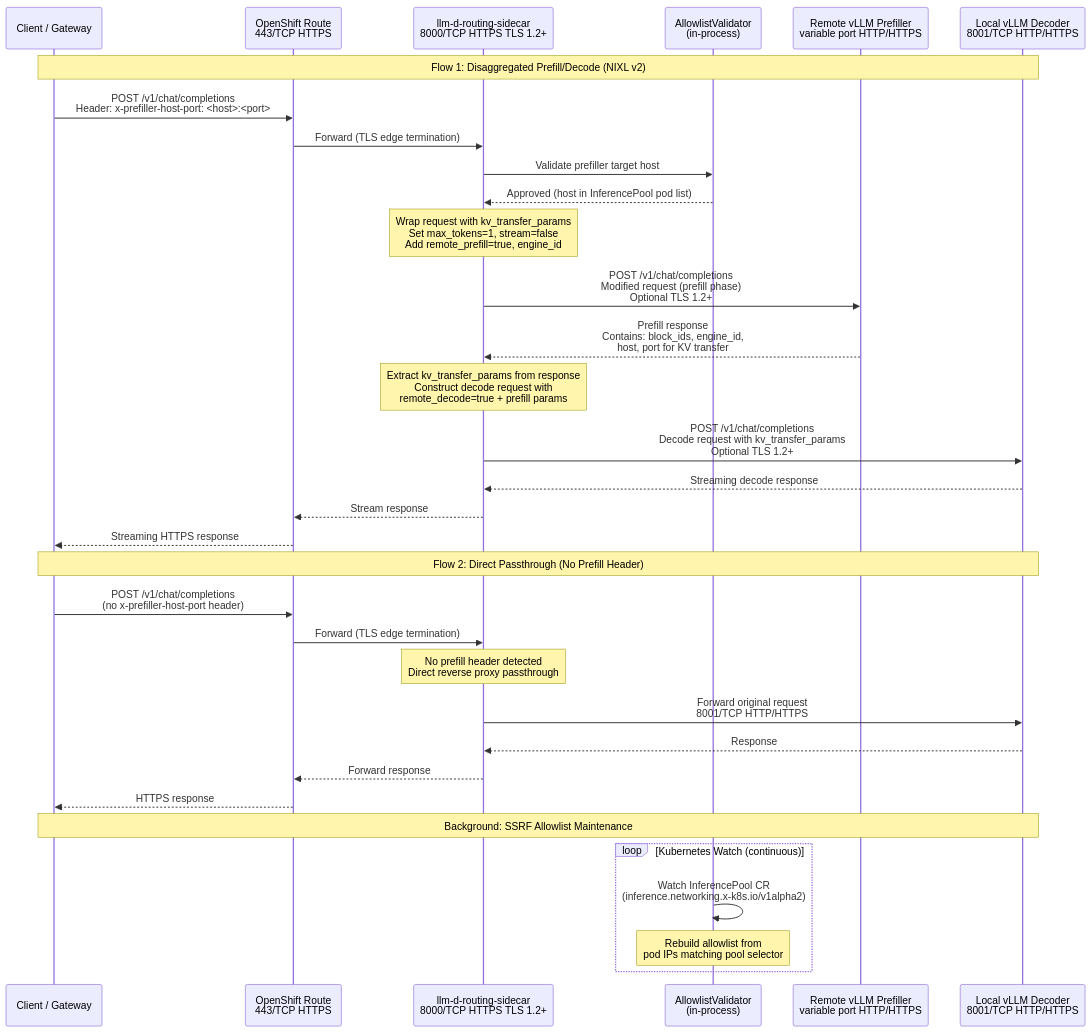
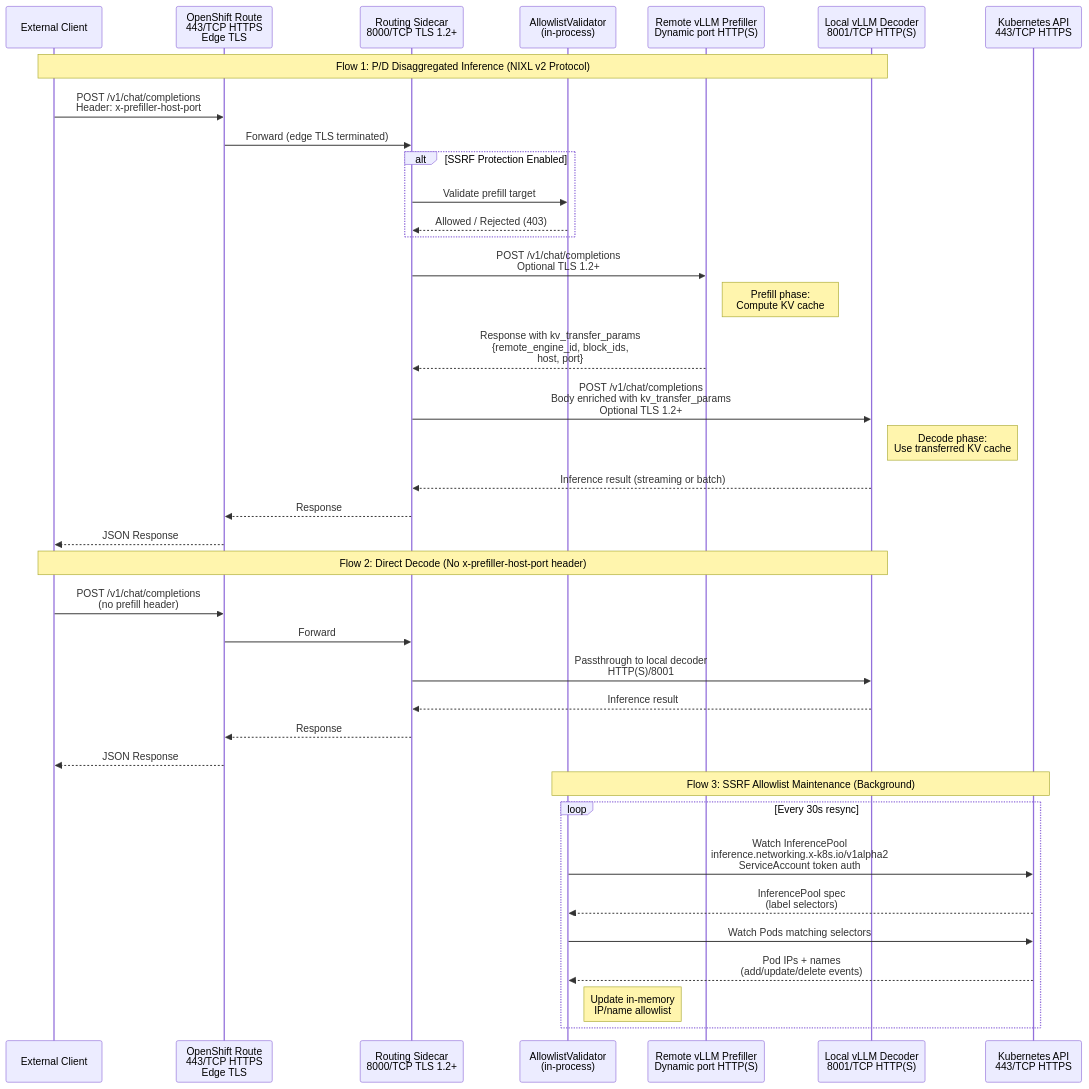
One commit to rhuss/architecture-context changed the diagram in architecture/rhoai.next/diagrams/llm-d-routing-sidecar-dataflow.mmd. Above: the diagram before and after it, drawn with Mermaid. The commit also changed 1834 other files, not shown here.

Commit message:
regenerate architecture for rhoai.next and rhoai-3.4 (#20)

```diff
--- a/architecture/rhoai.next/diagrams/llm-d-routing-sidecar-dataflow.mmd
+++ b/architecture/rhoai.next/diagrams/llm-d-routing-sidecar-dataflow.mmd
@@ -1,46 +1,47 @@
 sequenceDiagram
-    participant Client as Client / Gateway
-    participant Route as OpenShift Route<br/>443/TCP HTTPS
-    participant Sidecar as llm-d-routing-sidecar<br/>8000/TCP HTTPS TLS 1.2+
-    participant Allowlist as AllowlistValidator<br/>(in-process)
-    participant Prefiller as Remote vLLM Prefiller<br/>variable port HTTP/HTTPS
-    participant Decoder as Local vLLM Decoder<br/>8001/TCP HTTP/HTTPS
+    participant Client as External Client
+    participant Route as OpenShift Route<br/>443/TCP HTTPS<br/>Edge TLS
+    participant Proxy as Routing Sidecar<br/>8000/TCP TLS 1.2+
+    participant Validator as AllowlistValidator<br/>(in-process)
+    participant Prefiller as Remote vLLM Prefiller<br/>Dynamic port HTTP(S)
+    participant Decoder as Local vLLM Decoder<br/>8001/TCP HTTP(S)
+    participant K8sAPI as Kubernetes API<br/>443/TCP HTTPS
 
-    Note over Client,Decoder: Flow 1: Disaggregated Prefill/Decode (NIXL v2)
+    Note over Client,Decoder: Flow 1: P/D Disaggregated Inference (NIXL v2 Protocol)
 
-    Client->>Route: POST /v1/chat/completions<br/>Header: x-prefiller-host-port: <host>:<port>
-    Route->>Sidecar: Forward (TLS edge termination)
+    Client->>Route: POST /v1/chat/completions<br/>Header: x-prefiller-host-port
+    Route->>Proxy: Forward (edge TLS terminated)
 
-    Sidecar->>Allowlist: Validate prefiller target host
-    Allowlist-->>Sidecar: Approved (host in InferencePool pod list)
+    alt SSRF Protection Enabled
+        Proxy->>Validator: Validate prefill target
+        Validator-->>Proxy: Allowed / Rejected (403)
+    end
 
-    Note over Sidecar: Wrap request with kv_transfer_params<br/>Set max_tokens=1, stream=false<br/>Add remote_prefill=true, engine_id
+    Proxy->>Prefiller: POST /v1/chat/completions<br/>Optional TLS 1.2+
+    Note right of Prefiller: Prefill phase:<br/>Compute KV cache
+    Prefiller-->>Proxy: Response with kv_transfer_params<br/>{remote_engine_id, block_ids,<br/>host, port}
 
-    Sidecar->>Prefiller: POST /v1/chat/completions<br/>Modified request (prefill phase)<br/>Optional TLS 1.2+
-    Prefiller-->>Sidecar: Prefill response<br/>Contains: block_ids, engine_id,<br/>host, port for KV transfer
+    Proxy->>Decoder: POST /v1/chat/completions<br/>Body enriched with kv_transfer_params<br/>Optional TLS 1.2+
+    Note right of Decoder: Decode phase:<br/>Use transferred KV cache
+    Decoder-->>Proxy: Inference result (streaming or batch)
+    Proxy-->>Route: Response
+    Route-->>Client: JSON Response
 
-    Note over Sidecar: Extract kv_transfer_params from response<br/>Construct decode request with<br/>remote_decode=true + prefill params
+    Note over Client,Decoder: Flow 2: Direct Decode (No x-prefiller-host-port header)
 
-    Sidecar->>Decoder: POST /v1/chat/completions<br/>Decode request with kv_transfer_params<br/>Optional TLS 1.2+
-    Decoder-->>Sidecar: Streaming decode response
-    Sidecar-->>Route: Stream response
-    Route-->>Client: Streaming HTTPS response
+    Client->>Route: POST /v1/chat/completions<br/>(no prefill header)
+    Route->>Proxy: Forward
+    Proxy->>Decoder: Passthrough to local decoder<br/>HTTP(S)/8001
+    Decoder-->>Proxy: Inference result
+    Proxy-->>Route: Response
+    Route-->>Client: JSON Response
 
-    Note over Client,Decoder: Flow 2: Direct Passthrough (No Prefill Header)
+    Note over Validator,K8sAPI: Flow 3: SSRF Allowlist Maintenance (Background)
 
-    Client->>Route: POST /v1/chat/completions<br/>(no x-prefiller-host-port header)
-    Route->>Sidecar: Forward (TLS edge termination)
-
-    Note over Sidecar: No prefill header detected<br/>Direct reverse proxy passthrough
-
-    Sidecar->>Decoder: Forward original request<br/>8001/TCP HTTP/HTTPS
-    Decoder-->>Sidecar: Response
-    Sidecar-->>Route: Forward response
-    Route-->>Client: HTTPS response
-
-    Note over Client,Decoder: Background: SSRF Allowlist Maintenance
-
-    loop Kubernetes Watch (continuous)
-        Allowlist->>Allowlist: Watch InferencePool CR<br/>(inference.networking.x-k8s.io/v1alpha2)
-        Note over Allowlist: Rebuild allowlist from<br/>pod IPs matching pool selector
+    loop Every 30s resync
+        Validator->>K8sAPI: Watch InferencePool<br/>inference.networking.x-k8s.io/v1alpha2<br/>ServiceAccount token auth
+        K8sAPI-->>Validator: InferencePool spec<br/>(label selectors)
+        Validator->>K8sAPI: Watch Pods matching selectors
+        K8sAPI-->>Validator: Pod IPs + names<br/>(add/update/delete events)
+        Note right of Validator: Update in-memory<br/>IP/name allowlist
     end
```
